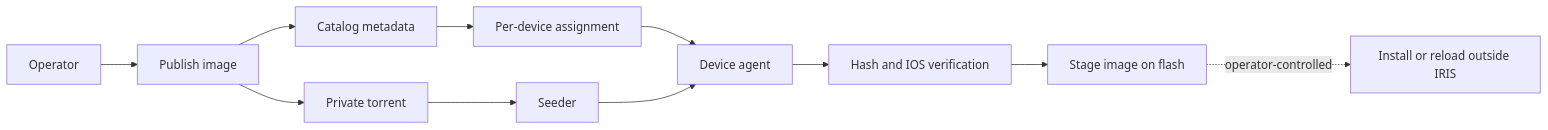
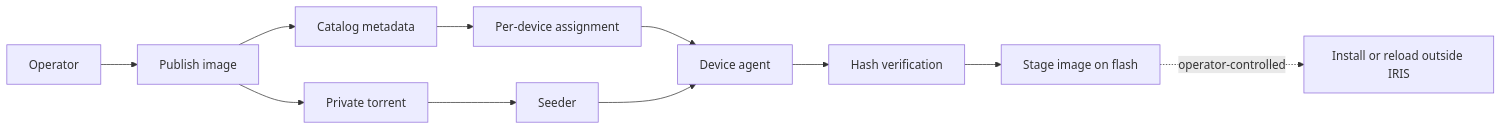
One commit to cisco-open/intelligent-release-image-staging changed the diagram in docs/zensical/index.md. Above: the diagram before and after it, drawn with Mermaid. The commit also changed 3 other files, not shown here.

First line of the commit message:
Clear the last IOS-verification claims from the docs sweep

````diff
--- a/docs/zensical/index.md
+++ b/docs/zensical/index.md
@@ -35,13 +35,13 @@
 ```mermaid
 flowchart LR
     Operator["Operator"] --> Publish["Publish image"]
     Publish --> Catalog["Catalog metadata"]
     Publish --> Torrent["Private torrent"]
     Torrent --> Seeder["Seeder"]
     Catalog --> Policy["Per-device assignment"]
     Policy --> Agent["Device agent"]
     Seeder --> Agent
-    Agent --> Verify["Hash and IOS verification"]
+    Agent --> Verify["Hash verification"]
     Verify --> Stage["Stage image on flash"]
     Stage -. "operator-controlled" .-> Install["Install or reload outside IRIS"]
 ```
````
